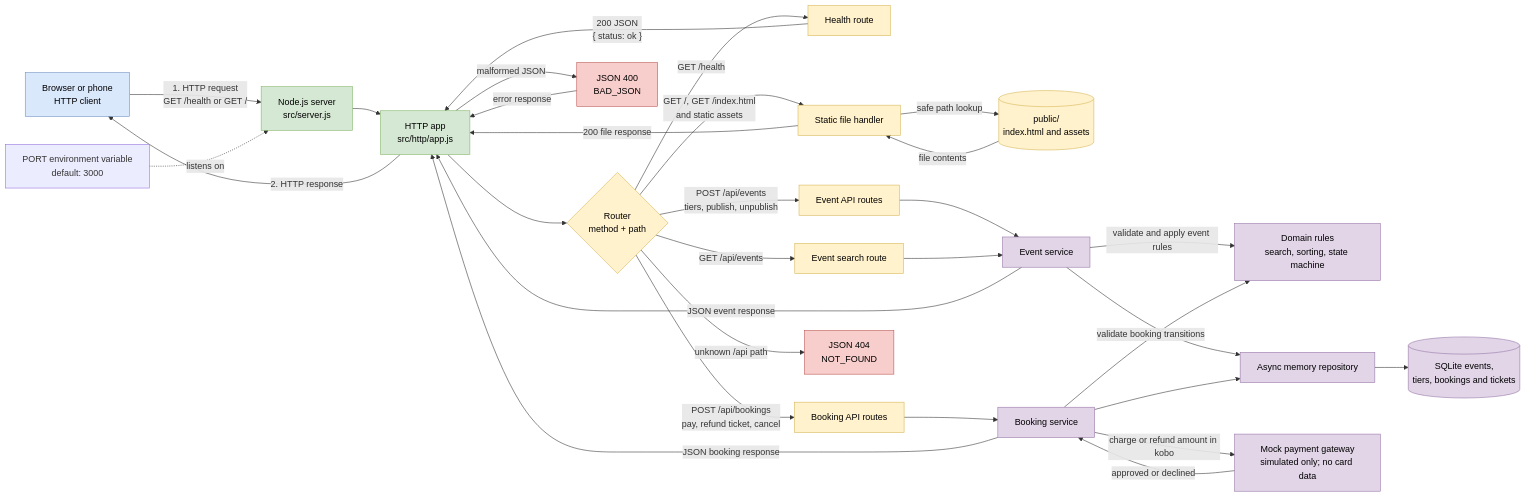
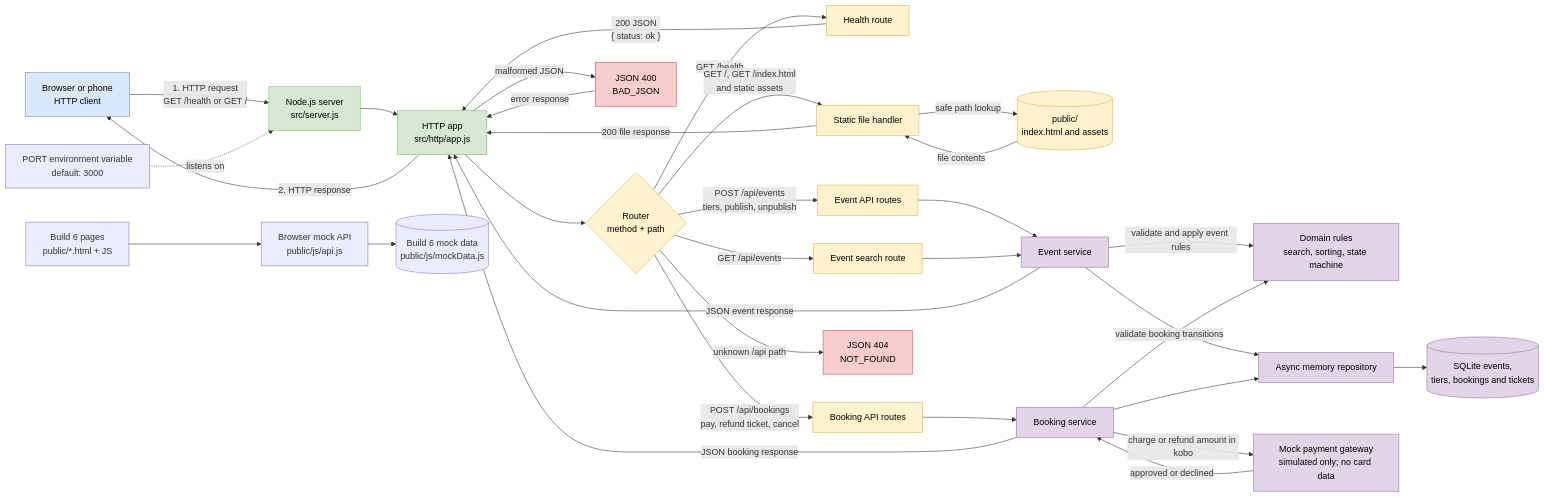
One commit to Sots-Light/capstone-drill changed the second of 4 diagrams in docs/architecture.md. Above: the diagram before and after it, drawn with Mermaid. The commit also changed other lines of this file and 11 other files, not shown here.

Commit message:
Build 6: add mock ticket booking frontend

````diff
--- a/docs/architecture.md
+++ b/docs/architecture.md
@@ -23,47 +25,50 @@
 ```mermaid
 flowchart LR
   Client["Browser or phone<br/>HTTP client"] -->|"1. HTTP request<br/>GET /health or GET /"| Node["Node.js server<br/>src/server.js"]
   Config["PORT environment variable<br/>default: 3000"] -.->|"listens on"| Node
   Node --> App["HTTP app<br/>src/http/app.js"]
   App --> Router{"Router<br/>method + path"}
+
+  Browser["Build 6 pages<br/>public/*.html + JS"] --> MockAPI["Browser mock API<br/>public/js/api.js"]
+  MockAPI --> MockData[("Build 6 mock data<br/>public/js/mockData.js")]
 
   Router -->|"GET /health"| Health["Health route"]
   Health -->|"200 JSON<br/>{ status: ok }"| App
 
   Router -->|"GET /, GET /index.html<br/>and static assets"| Static["Static file handler"]
   Static -->|"safe path lookup"| Public[("public/<br/>index.html and assets")]
   Public -->|"file contents"| Static
   Static -->|"200 file response"| App
 
   Router -->|"POST /api/events<br/>tiers, publish, unpublish"| EventRoutes["Event API routes"]
   Router -->|"GET /api/events"| SearchRoute["Event search route"]
   Router -->|"POST /api/bookings<br/>pay, refund ticket, cancel"| BookingRoutes["Booking API routes"]
   Router -->|"unknown /api path"| NotFound["JSON 404<br/>NOT_FOUND"]
   EventRoutes --> EventService["Event service"]
   SearchRoute --> EventService
   BookingRoutes --> BookingService["Booking service"]
   EventService -->|"validate and apply event rules"| Domain["Domain rules<br/>search, sorting, state machine"]
   BookingService -->|"validate booking transitions"| Domain
   EventService --> Repository["Async memory repository"]
   BookingService --> Repository
   Repository --> Store[("SQLite events,<br/>tiers, bookings and tickets")]
   BookingService -->|"charge or refund amount in kobo"| Gateway["Mock payment gateway<br/>simulated only; no card data"]
   Gateway -->|"approved or declined"| BookingService
   BookingService -->|"JSON booking response"| App
   EventService -->|"JSON event response"| App
 
   App -->|"malformed JSON"| BadRequest["JSON 400<br/>BAD_JSON"]
   BadRequest -->|"error response"| App
   App -->|"2. HTTP response"| Client
 
   classDef client fill:#dae8fc,stroke:#6c8ebf,color:#000;
   classDef server fill:#d5e8d4,stroke:#82b366,color:#000;
   classDef route fill:#fff2cc,stroke:#d6b656,color:#000;
   classDef serviceLayer fill:#e1d5e7,stroke:#9673a6,color:#000;
   classDef error fill:#f8cecc,stroke:#b85450,color:#000;
   class Client client;
   class Node,App server;
   class Router,Health,Static,Public,EventRoutes,SearchRoute,BookingRoutes route;
   class EventService,BookingService,Domain,Repository,Store,Gateway serviceLayer;
   class BadRequest,NotFound error;
 ```
````
